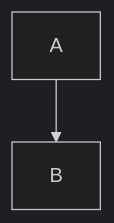
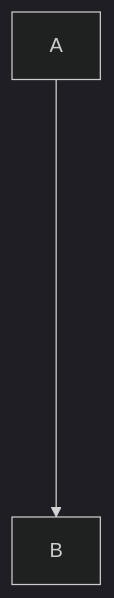
One commit to henderson2k/sn changed the diagram in mermaidtest.md. Above: the diagram before and after it, drawn with Mermaid (dark theme).

````diff
--- a/mermaidtest.md
+++ b/mermaidtest.md
@@ -5,4 +5,4 @@
 ```mermaid
 flowchart
-A --> B
+A --------> B
 ```
````
